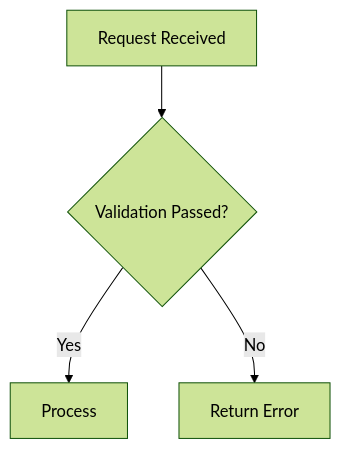
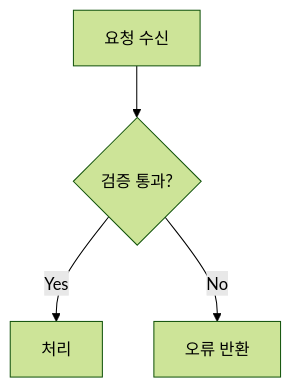
One commit to warqun/AIMindVaults-EN changed the second of 4 diagrams in Vaults/BasicVaults/AIHubVault/.sync/_Standards/Core/Plugins/MERMAID_JUGGL_SYNTAX.md. Above: the diagram before and after it, drawn with Mermaid (forest theme). The commit also changed other lines of this file and 222 other files, not shown here.

````diff
--- a/Vaults/BasicVaults/AIHubVault/.sync/_Standards/Core/Plugins/MERMAID_JUGGL_SYNTAX.md
+++ b/Vaults/BasicVaults/AIHubVault/.sync/_Standards/Core/Plugins/MERMAID_JUGGL_SYNTAX.md
@@ -27,6 +27,6 @@
 ```mermaid
 flowchart TD
-  A[Request Received] --> B{Validation Passed?}
-  B -->|Yes| C[Process]
-  B -->|No| D[Return Error]
+  A[요청 수신] --> B{검증 통과?}
+  B -->|Yes| C[처리]
+  B -->|No| D[오류 반환]
 ```
````
